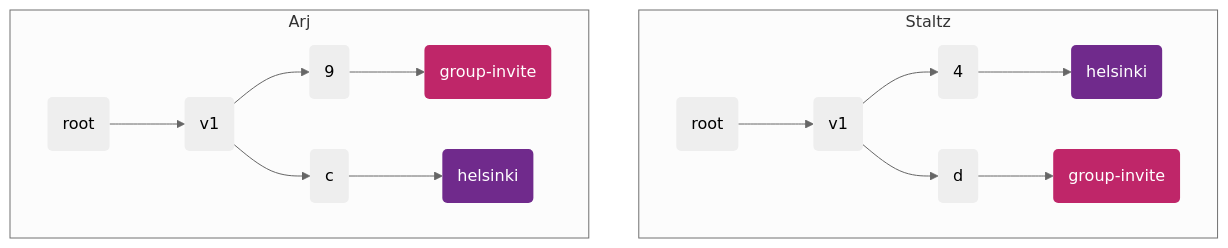
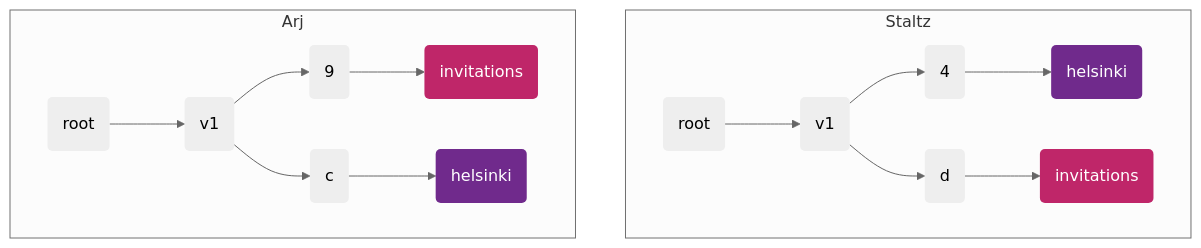
One commit to ssbc/ssb-meta-feeds-group-spec changed the fourth of 4 diagrams in README.md. Above: the diagram before and after it, drawn with Mermaid (neutral theme). The commit also changed other lines of this file, not shown here.

````diff
--- a/README.md
+++ b/README.md
@@ -193,29 +194,29 @@
 ```mermaid
 graph TB
 
 rootA(root)
 v1A(v1)
 4A(4) & dA(d)
-group-inviteA(group-invite):::groupInvite
+invitationsA(invitations):::invitationsClass
 helsinkiA(helsinki):::group
 
 rootB(root)
 v1B(v1)
 9B(9) & cB(c)
-group-inviteB(group-invite):::groupInvite
+invitationsB(invitations):::invitationsClass
 helsinkiB(helsinki):::group
 
 subgraph Staltz
   rootA --> v1A --> 4A --> helsinkiA
-            v1A --> dA --> group-inviteA
+            v1A --> dA --> invitationsA
 end
 
 subgraph Arj
-  rootB --> v1B --> 9B --> group-inviteB
+  rootB --> v1B --> 9B --> invitationsB
             v1B --> cB --> helsinkiB
 end
 
 classDef default stroke:none;
-classDef groupInvite fill: #BF2669, stroke:none, color:white;
+classDef invitationsClass fill: #BF2669, stroke:none, color:white;
 classDef group fill: #702A8C, stroke: none, color:white;
 ```
````
